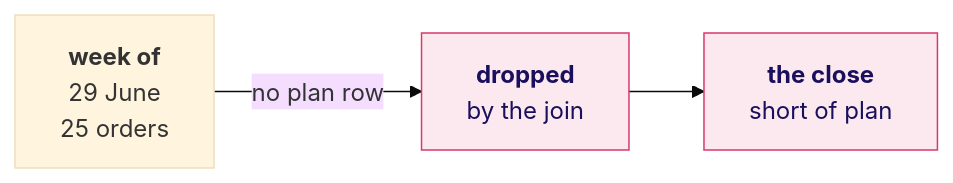
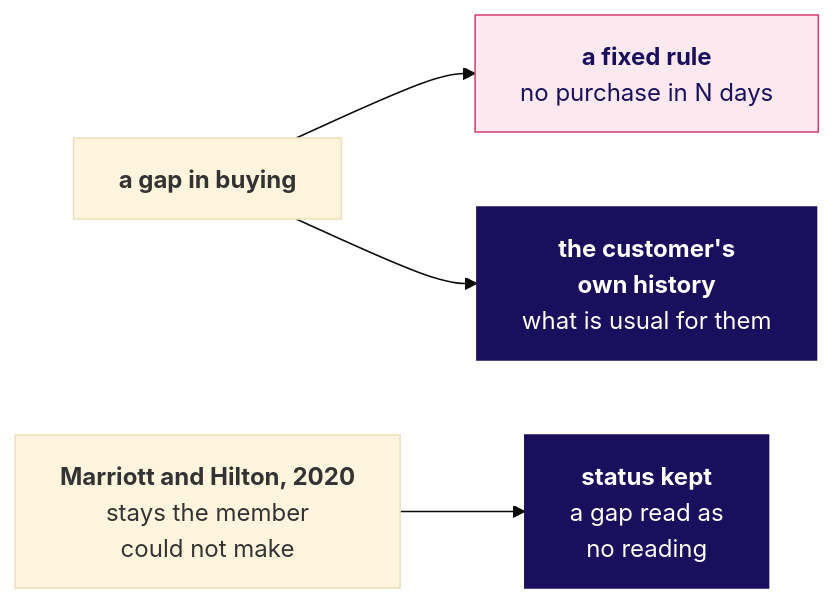
The first of 8 diagrams in content/W02/D3/slides/C2_W02_D03_half2_STUDENT.md (fde-academy-lab/c2-content-factory), drawn with Mermaid (base theme) before and after one commit. The commit also changed other lines of this file and 3 other files, not shown here.

````diff
--- a/content/W02/D3/slides/C2_W02_D03_half2_STUDENT.md
+++ b/content/W02/D3/slides/C2_W02_D03_half2_STUDENT.md
@@ -144,7 +92,10 @@
 ```mermaid
 flowchart LR
-    W["<b>week of</b><br/>29 June<br/>25 orders"] -->|"no plan row"| D["<b>dropped</b><br/>by the join"]
-    D --> C["<b>the close</b><br/>short of plan"]
+    G["<b>a gap in buying</b>"] --> N["<b>a fixed rule</b><br/>no purchase in N days"]
+    G --> H["<b>the customer's<br/>own history</b><br/>what is usual for them"]
+    S["<b>Marriott and Hilton, 2020</b><br/>stays the member<br/>could not make"] --> K["<b>status kept</b><br/>a gap read as<br/>no reading"]
     classDef bad fill:#FBE9EF,stroke:#D63A6A,color:#1A0F5C
-    class D,C bad
+    classDef bet fill:#1A0F5C,stroke:#1A0F5C,color:#FFFFFF
+    class N bad
+    class H,K bet
 ```
````
